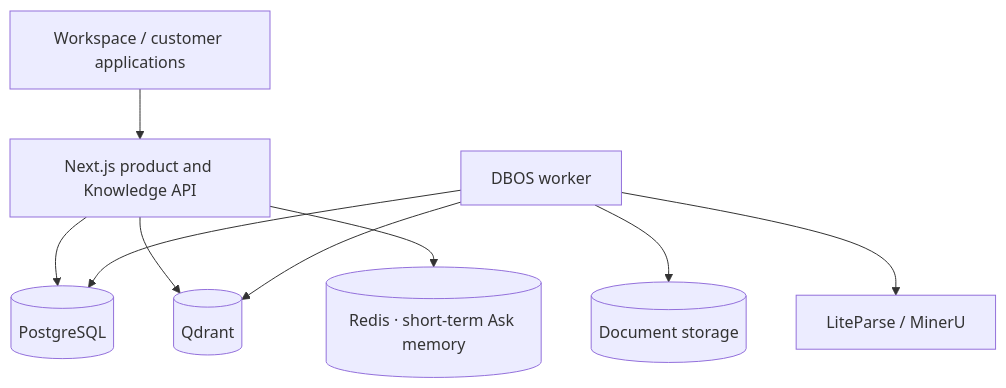
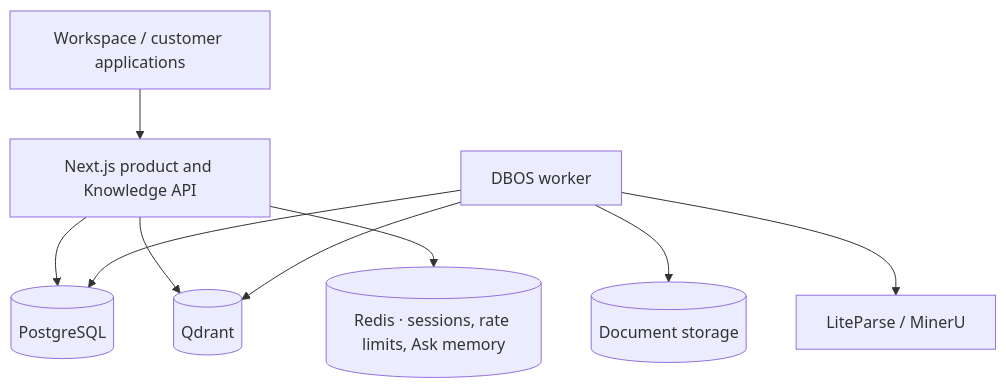
One commit to codexlin/UnoRAG changed the second of 2 diagrams in README.md. Above: the diagram before and after it, drawn with Mermaid. The commit also changed 37 other files, not shown here.

Commit message:
feat(security): harden sessions and distributed limits (#129)

````diff
--- a/README.md
+++ b/README.md
@@ -112,11 +112,11 @@
 ```mermaid
 flowchart TB
     Users["Workspace / customer applications"] --> Web["Next.js product and Knowledge API"]
     Web --> PG[("PostgreSQL")]
     Web --> QD[("Qdrant")]
-    Web --> Redis[("Redis · short-term Ask memory")]
+    Web --> Redis[("Redis · sessions, rate limits, Ask memory")]
     Worker["DBOS worker"] --> PG
     Worker --> QD
     Worker --> Files[("Document storage")]
     Worker --> Parser["LiteParse / MinerU"]
 ```
````
